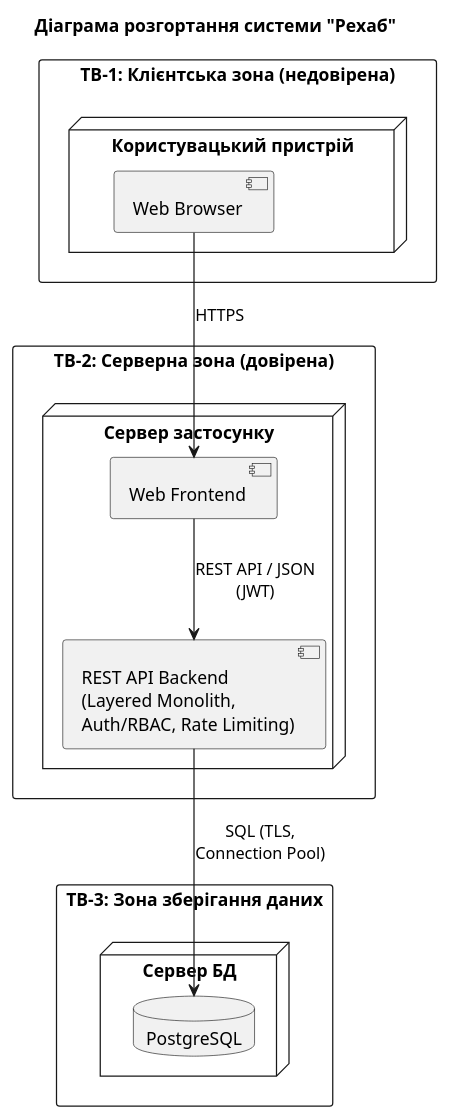
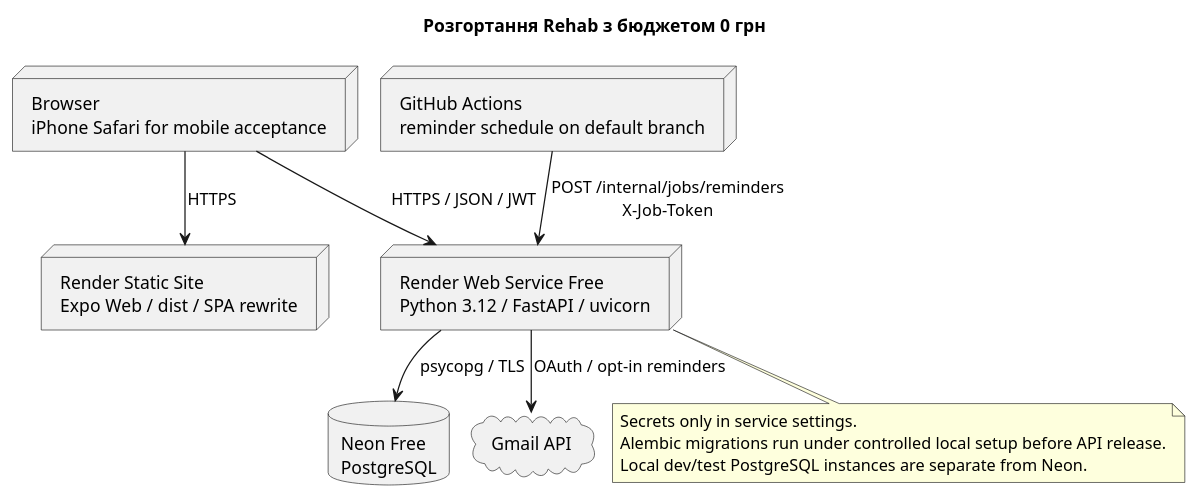
Before and after one commit to ukma-fin-ssdm-2026/Rehab: the diagram in docs/architecture/uml/deployment-diagram.puml, drawn with PlantUML. The commit also changed 16 other files, not shown here.

```diff
--- a/docs/architecture/uml/deployment-diagram.puml
+++ b/docs/architecture/uml/deployment-diagram.puml
@@ -1,26 +1,20 @@
 @startuml
-title Діаграма розгортання системи "Рехаб"
-
-rectangle "ТВ-1: Клієнтська зона (недовірена)" {
-  node "Користувацький пристрій" {
-    component "Web Browser" as Browser
-  }
-}
-
-rectangle "ТВ-2: Серверна зона (довірена)" {
-  node "Сервер застосунку" {
-    component "Web Frontend" as Front
-    component "REST API Backend\n(Layered Monolith,\nAuth/RBAC, Rate Limiting)" as API
-  }
-}
-
-rectangle "ТВ-3: Зона зберігання даних" {
-  node "Сервер БД" {
-    database "PostgreSQL" as DB
-  }
-}
-
-Browser --> Front : HTTPS
-Front --> API : REST API / JSON\n(JWT)
-API --> DB : SQL (TLS,\nConnection Pool)
+!pragma layout smetana
+title Розгортання Rehab з бюджетом 0 грн
+node "Browser\niPhone Safari for mobile acceptance" as Browser
+node "Render Static Site\nExpo Web / dist / SPA rewrite" as Web
+node "Render Web Service Free\nPython 3.12 / FastAPI / uvicorn" as API
+database "Neon Free\nPostgreSQL" as DB
+node "GitHub Actions\nreminder schedule on default branch" as Actions
+cloud "Gmail API" as Gmail
+Browser --> Web : HTTPS
+Browser --> API : HTTPS / JSON / JWT
+API --> DB : psycopg / TLS
+Actions --> API : POST /internal/jobs/reminders\nX-Job-Token
+API --> Gmail : OAuth / opt-in reminders
+note bottom of API
+ Secrets only in service settings.
+ Alembic migrations run under controlled local setup before API release.
+ Local dev/test PostgreSQL instances are separate from Neon.
+end note
 @enduml
```
